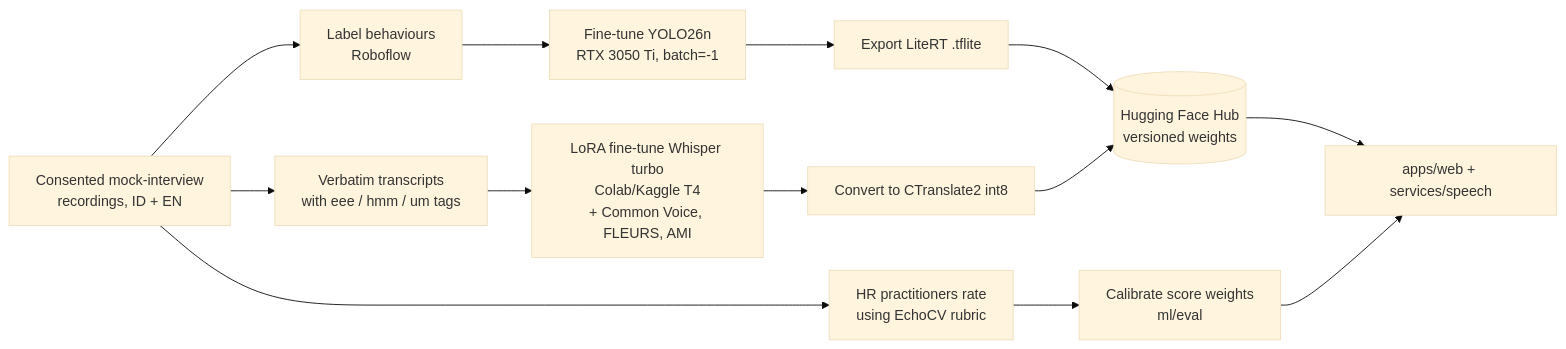
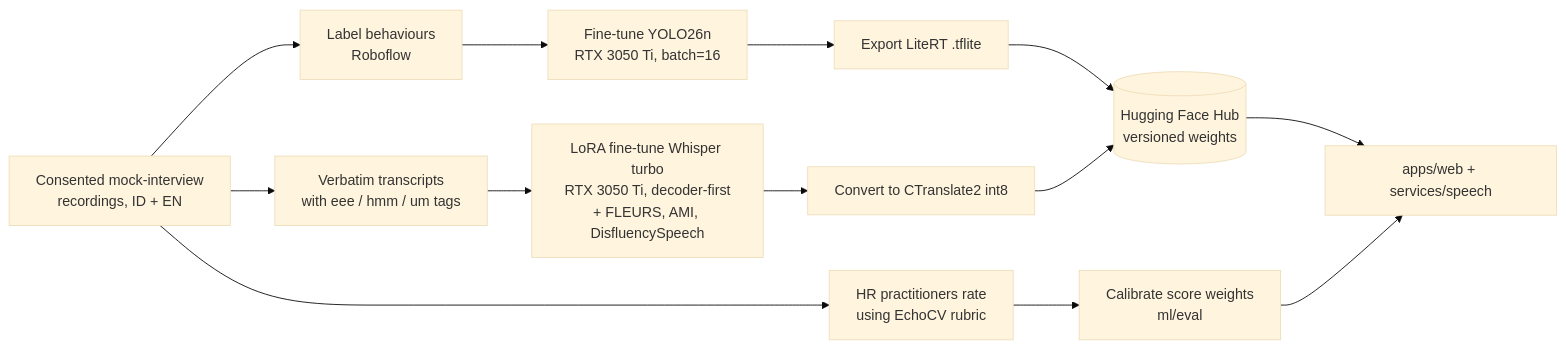
Before and after one commit to rei-soemanto/EchoCV: the fourth of 4 diagrams in docs/superpowers/specs/2026-10-06-echocv-architecture-design.md, drawn with Mermaid (base theme). The commit also changed other lines of this file and 51 other files, not shown here.

````diff
--- a/docs/superpowers/specs/2026-10-06-echocv-architecture-design.md
+++ b/docs/superpowers/specs/2026-10-06-echocv-architecture-design.md
@@ -118,15 +118,15 @@
 ```mermaid
 flowchart LR
     R[Consented mock-interview<br/>recordings, ID + EN] --> L1[Label behaviours<br/>Roboflow]
     R --> L2[Verbatim transcripts<br/>with eee / hmm / um tags]
     R --> L3[HR practitioners rate<br/>using EchoCV rubric]
-    L1 --> T1[Fine-tune YOLO26n<br/>RTX 3050 Ti, batch=-1]
-    L2 --> T2[LoRA fine-tune Whisper turbo<br/>Colab/Kaggle T4<br/>+ Common Voice, FLEURS, AMI]
+    L1 --> T1[Fine-tune YOLO26n<br/>RTX 3050 Ti, batch=16]
+    L2 --> T2[LoRA fine-tune Whisper turbo<br/>RTX 3050 Ti, decoder-first<br/>+ FLEURS, AMI, DisfluencySpeech]
     T1 --> E1[Export LiteRT .tflite]
     T2 --> E2[Convert to CTranslate2 int8]
     E1 --> HUB[(Hugging Face Hub<br/>versioned weights)]
     E2 --> HUB
     L3 --> CAL[Calibrate score weights<br/>ml/eval]
     HUB --> APP[apps/web + services/speech]
     CAL --> APP
 ```
````
